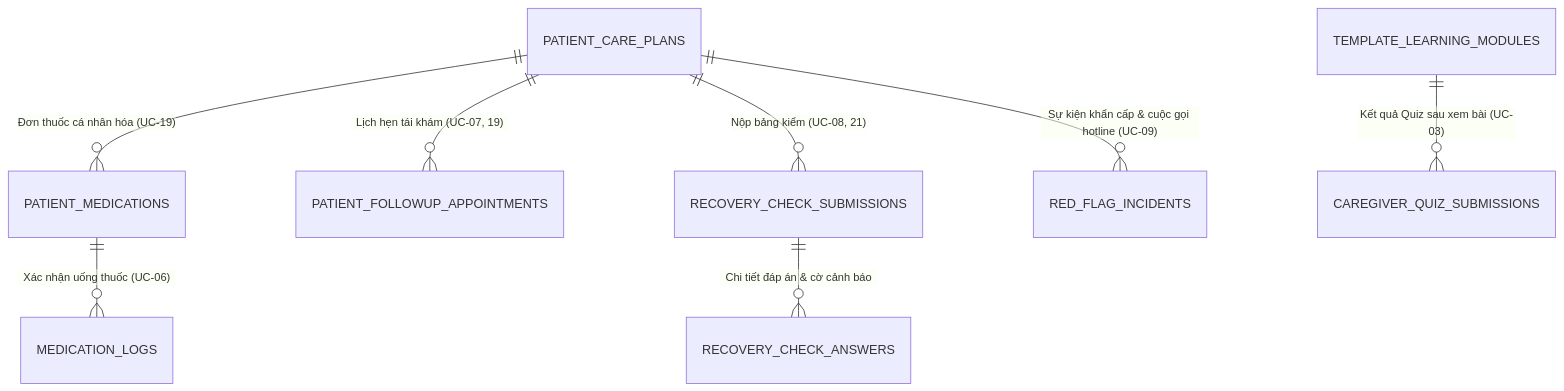
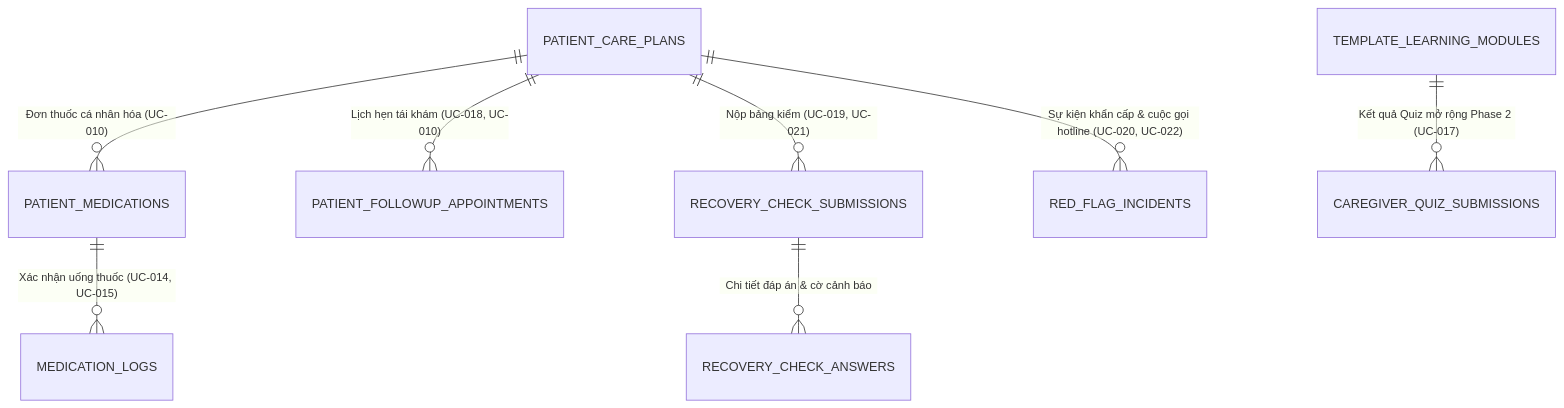
Before and after one commit to khangpd15/ba-learing-path: the fourth of 4 diagrams in 02_ERD.md, drawn with Mermaid. The commit also changed other lines of this file and 8 other files, not shown here.

````diff
--- a/02_ERD.md
+++ b/02_ERD.md
@@ -394,14 +394,14 @@
 ```mermaid
 erDiagram
-    PATIENT_CARE_PLANS ||--o{ PATIENT_MEDICATIONS : "Đơn thuốc cá nhân hóa (UC-19)"
-    PATIENT_MEDICATIONS ||--o{ MEDICATION_LOGS : "Xác nhận uống thuốc (UC-06)"
+    PATIENT_CARE_PLANS ||--o{ PATIENT_MEDICATIONS : "Đơn thuốc cá nhân hóa (UC-010)"
+    PATIENT_MEDICATIONS ||--o{ MEDICATION_LOGS : "Xác nhận uống thuốc (UC-014, UC-015)"
     
-    PATIENT_CARE_PLANS ||--o{ PATIENT_FOLLOWUP_APPOINTMENTS : "Lịch hẹn tái khám (UC-07, 19)"
+    PATIENT_CARE_PLANS ||--o{ PATIENT_FOLLOWUP_APPOINTMENTS : "Lịch hẹn tái khám (UC-018, UC-010)"
     
-    TEMPLATE_LEARNING_MODULES ||--o{ CAREGIVER_QUIZ_SUBMISSIONS : "Kết quả Quiz sau xem bài (UC-03)"
+    TEMPLATE_LEARNING_MODULES ||--o{ CAREGIVER_QUIZ_SUBMISSIONS : "Kết quả Quiz mở rộng Phase 2 (UC-017)"
     
-    PATIENT_CARE_PLANS ||--o{ RECOVERY_CHECK_SUBMISSIONS : "Nộp bảng kiểm (UC-08, 21)"
+    PATIENT_CARE_PLANS ||--o{ RECOVERY_CHECK_SUBMISSIONS : "Nộp bảng kiểm (UC-019, UC-021)"
     RECOVERY_CHECK_SUBMISSIONS ||--o{ RECOVERY_CHECK_ANSWERS : "Chi tiết đáp án & cờ cảnh báo"
     
-    PATIENT_CARE_PLANS ||--o{ RED_FLAG_INCIDENTS : "Sự kiện khẩn cấp & cuộc gọi hotline (UC-09)"
+    PATIENT_CARE_PLANS ||--o{ RED_FLAG_INCIDENTS : "Sự kiện khẩn cấp & cuộc gọi hotline (UC-020, UC-022)"
 ```
````
